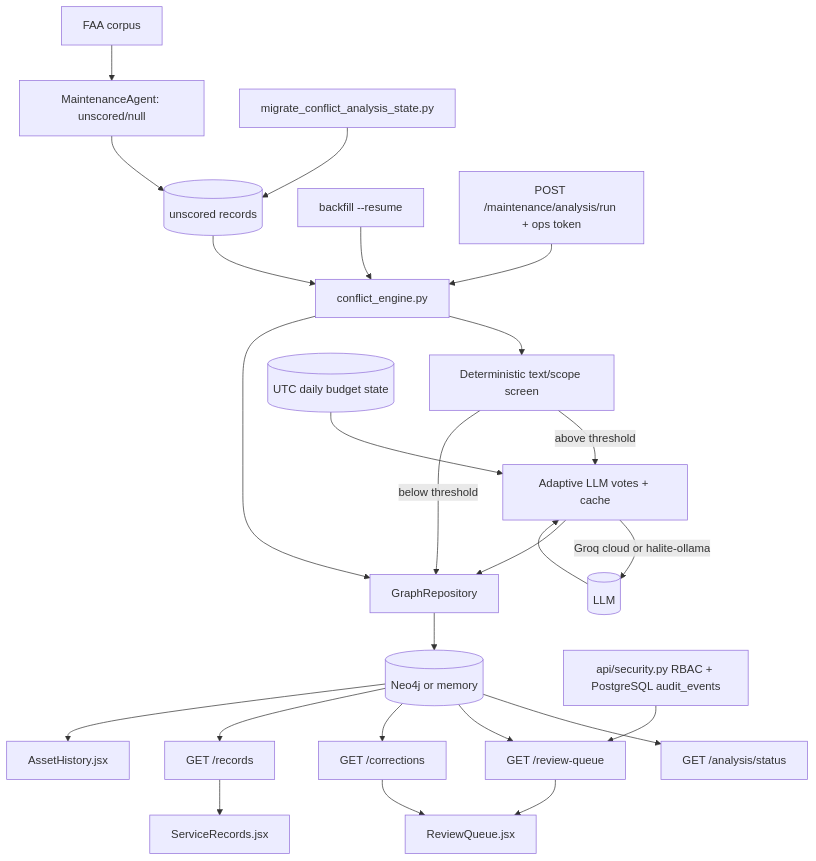
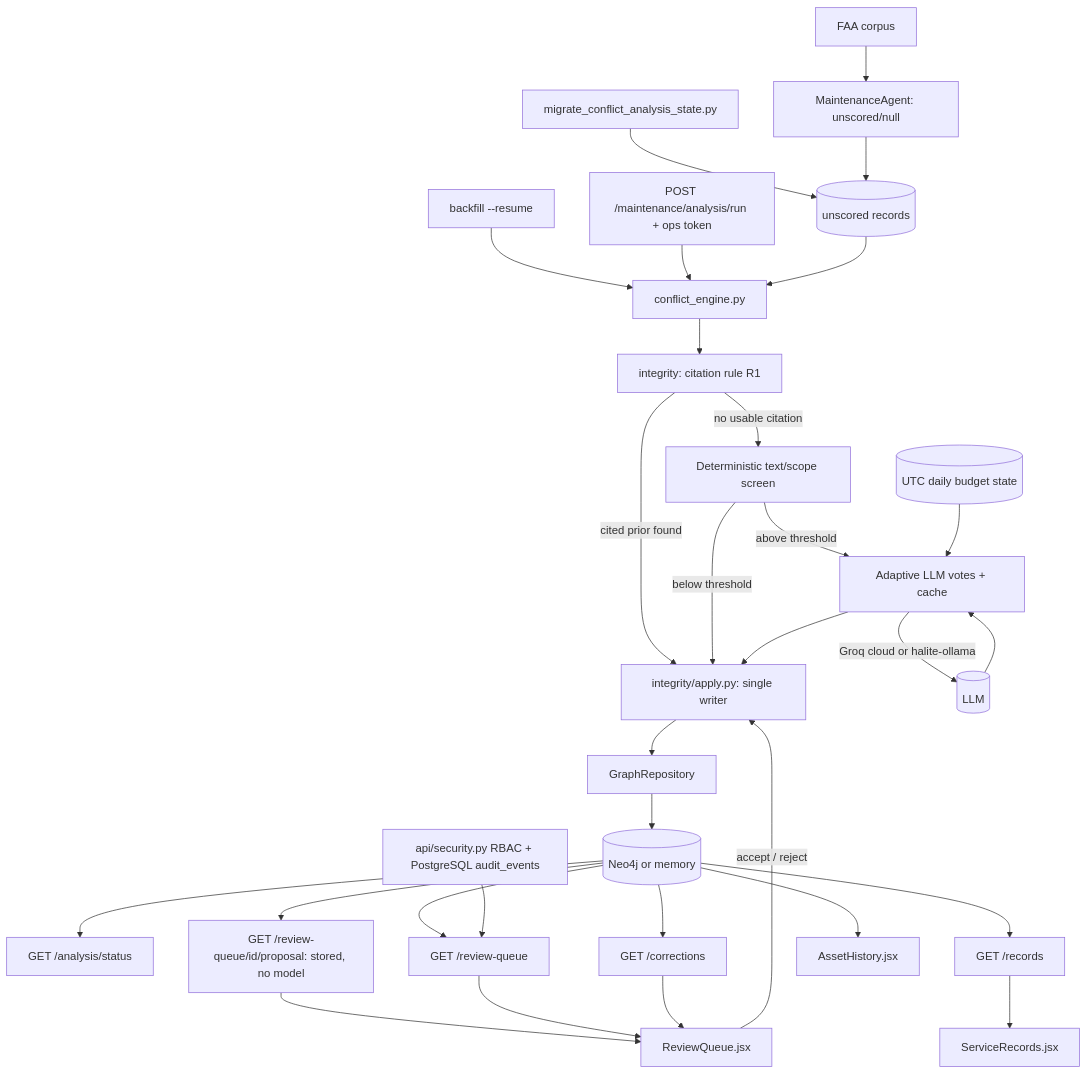
The diagram in knowledge/flows/FLOW-conflict-review.md (umaritics/halite), drawn with Mermaid before and after one commit. The commit also changed other lines of this file and 9 other files, not shown here.

````diff
--- a/knowledge/flows/FLOW-conflict-review.md
+++ b/knowledge/flows/FLOW-conflict-review.md
@@ -56,27 +61,32 @@
 ```mermaid
 flowchart TB
   CSV[FAA corpus] --> IN[MaintenanceAgent: unscored/null]
   MIG[migrate_conflict_analysis_state.py] --> U[(unscored records)]
   IN --> U
   CLI[backfill --resume] --> CE[conflict_engine.py]
   RUN[POST /maintenance/analysis/run + ops token] --> CE
   U --> CE
-  CE --> SC[Deterministic text/scope screen]
+  CE --> R1[integrity: citation rule R1]
+  R1 -->|cited prior found| AP
+  R1 -->|no usable citation| SC[Deterministic text/scope screen]
   SC -->|above threshold| G[Adaptive LLM votes + cache]
-  SC -->|below threshold| GR
+  SC -->|below threshold| AP
   B[(UTC daily budget state)] --> G
   G -->|Groq cloud or halite-ollama| LLM[(LLM)]
   LLM --> G
-  G --> GR
-  CE --> GR[GraphRepository]
+  G --> AP
+  AP[integrity/apply.py: single writer] --> GR[GraphRepository]
   GR --> N[(Neo4j or memory)]
   N --> ST[GET /analysis/status]
   N --> RQ[GET /review-queue]
   N --> COR[GET /corrections]
   N --> REC[GET /records]
+  N --> PR[GET /review-queue/id/proposal: stored, no model]
+  PR --> UI
   RQ --> UI[ReviewQueue.jsx]
+  UI -->|accept / reject| AP
   AUTH[api/security.py RBAC + PostgreSQL audit_events] --> RQ
   COR --> UI
   REC --> SR[ServiceRecords.jsx]
   N --> AH[AssetHistory.jsx]
 ```
````
